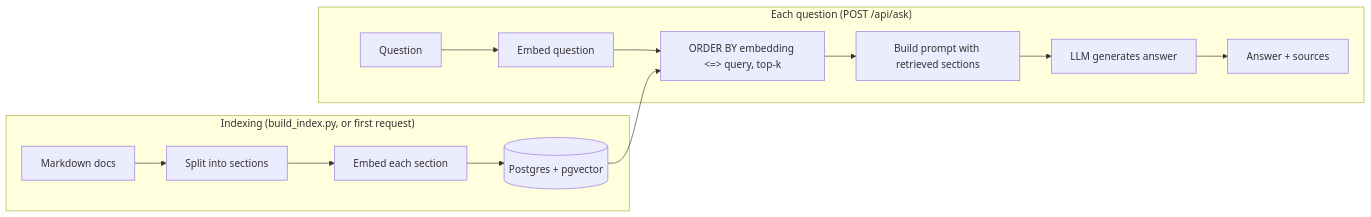
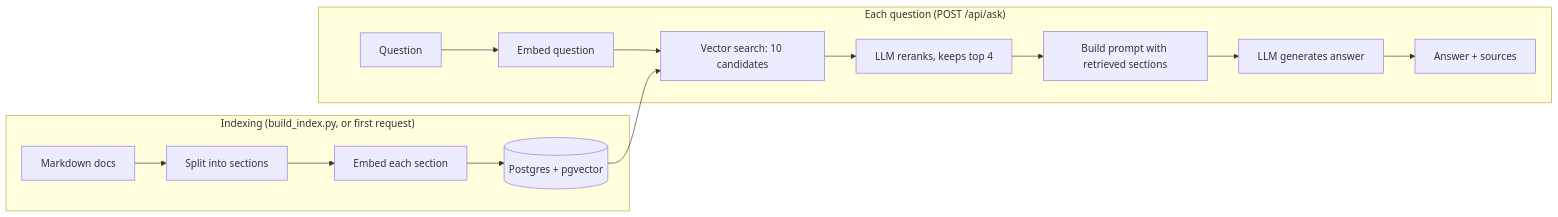
One commit to hoffsilva/rag-zero changed the diagram in README.md. Above: the diagram before and after it, drawn with Mermaid. The commit also changed other lines of this file and 19 other files, not shown here.

````diff
--- a/README.md
+++ b/README.md
@@ -19,11 +19,11 @@
 ```mermaid
 flowchart LR
     subgraph Indexing["Indexing (build_index.py, or first request)"]
         D[Markdown docs] --> S[Split into sections] --> E1[Embed each section] --> J[(Postgres + pgvector)]
     end
     subgraph Query["Each question (POST /api/ask)"]
-        Q[Question] --> E2[Embed question] --> R["ORDER BY embedding <=> query, top-k"]
-        J --> R
-        R --> A[Build prompt with retrieved sections] --> G[LLM generates answer] --> O[Answer + sources]
+        Q[Question] --> E2[Embed question] --> V["Vector search: 10 candidates"] --> RR["LLM reranks, keeps top 4"]
+        J --> V
+        RR --> A[Build prompt with retrieved sections] --> G[LLM generates answer] --> O[Answer + sources]
     end
 ```
````
